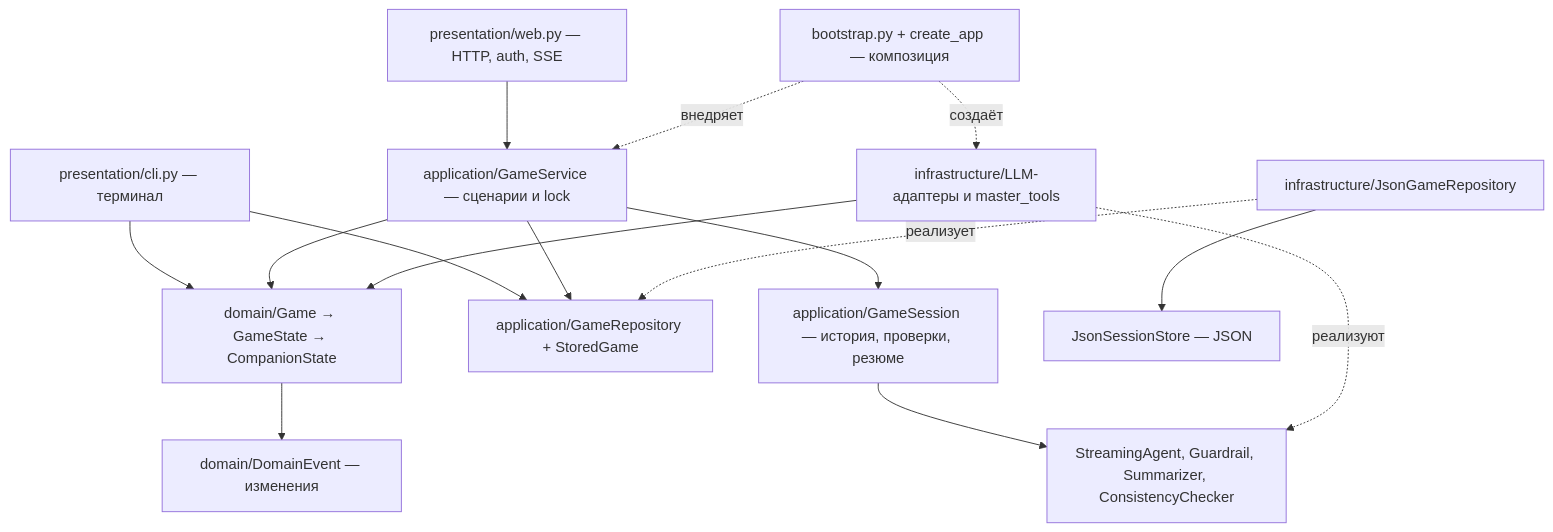
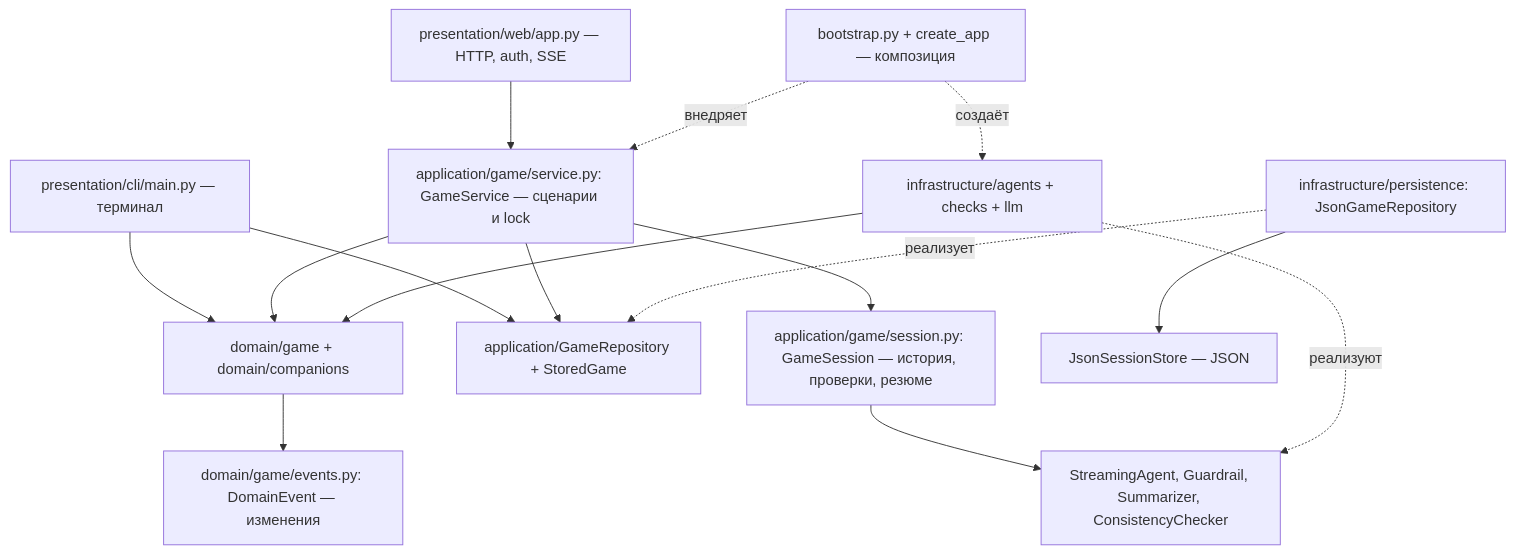
One commit to VeronikaSteklo/fable changed the diagram in docs/architecture.md. Above: the diagram before and after it, drawn with Mermaid. The commit also changed other lines of this file and 3 other files, not shown here.

````diff
--- a/docs/architecture.md
+++ b/docs/architecture.md
@@ -199,17 +233,17 @@
 ```mermaid
 flowchart TD
-    HTTP["presentation/web.py — HTTP, auth, SSE"] --> SERVICE["application/GameService — сценарии и lock"]
-    CLI["presentation/cli.py — терминал"] --> DOMAIN["domain/Game → GameState → CompanionState"]
+    HTTP["presentation/web/app.py — HTTP, auth, SSE"] --> SERVICE["application/game/service.py: GameService — сценарии и lock"]
+    CLI["presentation/cli/main.py — терминал"] --> DOMAIN["domain/game + domain/companions"]
     CLI --> PORT["application/GameRepository + StoredGame"]
     SERVICE --> DOMAIN
-    DOMAIN --> EVENTS["domain/DomainEvent — изменения"]
-    SERVICE --> SESSION["application/GameSession — история, проверки, резюме"]
+    DOMAIN --> EVENTS["domain/game/events.py: DomainEvent — изменения"]
+    SERVICE --> SESSION["application/game/session.py: GameSession — история, проверки, резюме"]
     SERVICE --> PORT
-    JSON["infrastructure/JsonGameRepository"] -. реализует .-> PORT
+    JSON["infrastructure/persistence: JsonGameRepository"] -. реализует .-> PORT
     JSON --> STORE["JsonSessionStore — JSON"]
     SESSION --> AGENTPORT["StreamingAgent, Guardrail, Summarizer, ConsistencyChecker"]
-    LLM["infrastructure/LLM-адаптеры и master_tools"] -. реализуют .-> AGENTPORT
+    LLM["infrastructure/agents + checks + llm"] -. реализуют .-> AGENTPORT
     LLM --> DOMAIN
     ROOT["bootstrap.py + create_app — композиция"] -. внедряет .-> SERVICE
     ROOT -. создаёт .-> LLM
 ```
````
